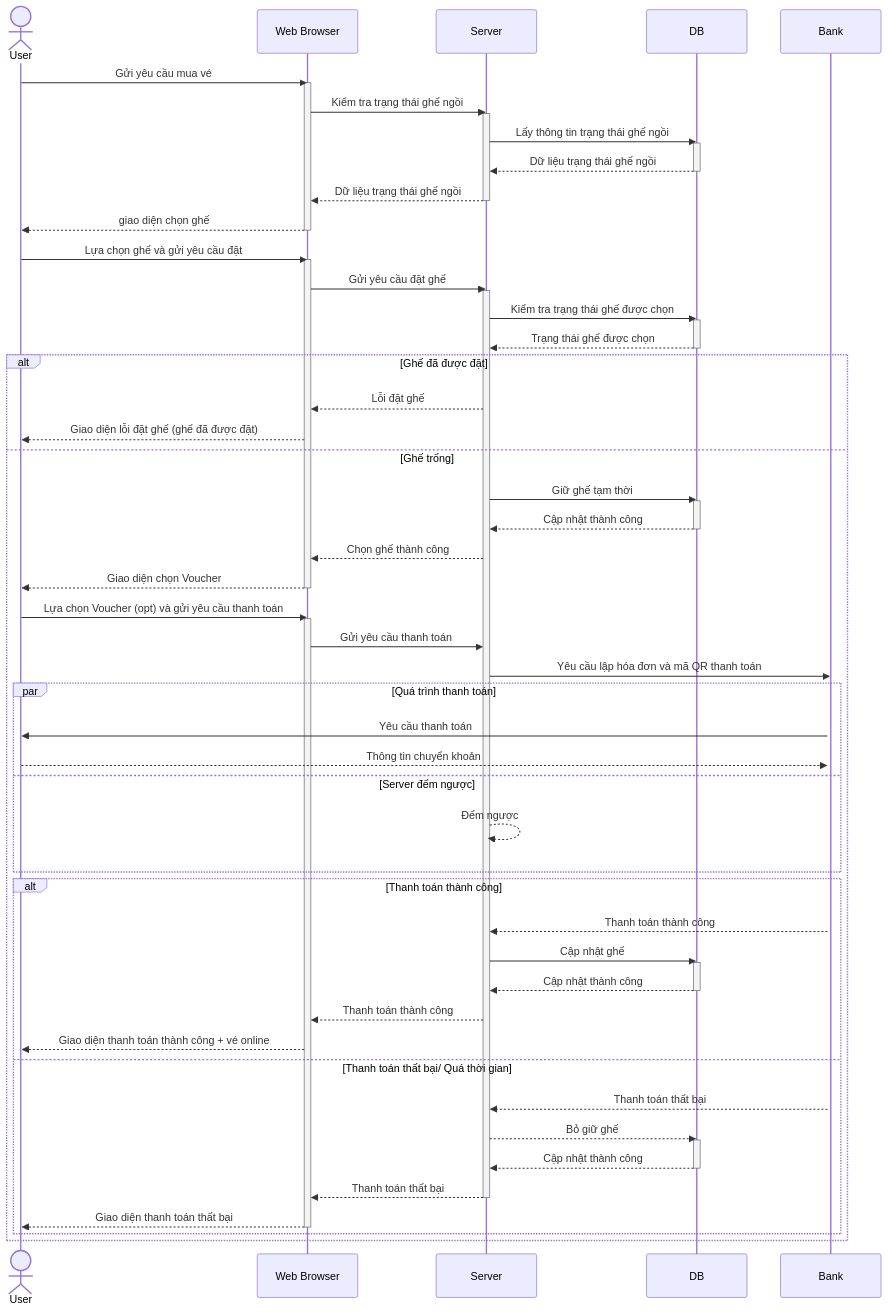
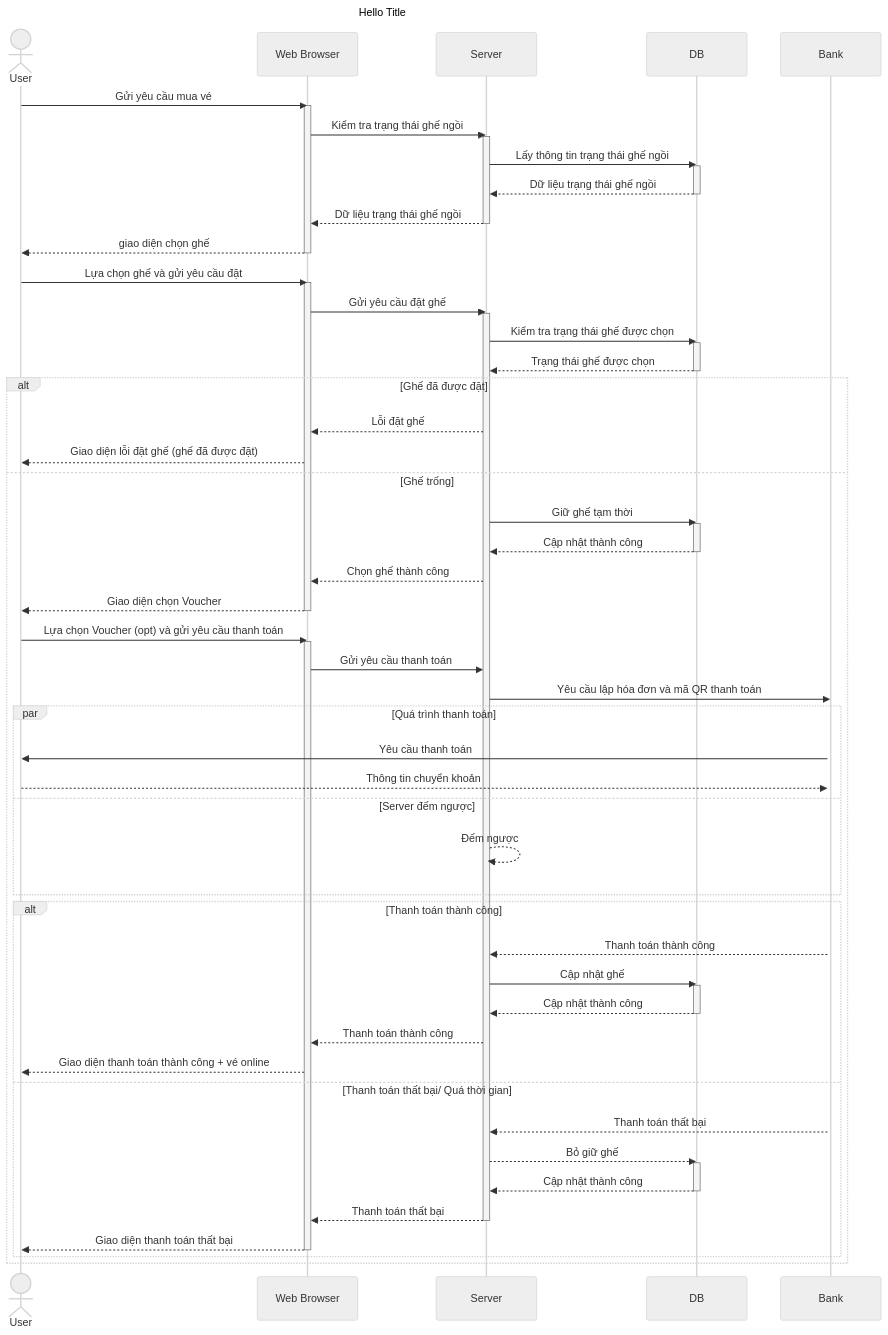
One commit to dvhAoU1374/IT3120-PTTKHT changed the diagram in Sequence Diagram/UC Quản Lý Vé/Đặt-Vé.mmd. Above: the diagram before and after it, drawn with Mermaid.

Commit message:
Sequence Diagram đặt vé

```diff
--- a/Sequence Diagram/UC Quản Lý Vé/Đặt-Vé.mmd
+++ b/Sequence Diagram/UC Quản Lý Vé/Đặt-Vé.mmd
@@ -1,69 +1,75 @@
+---
+title: Hello Title
+config:
+  theme: "neutral"
+---
+
 sequenceDiagram
 actor User
 User ->> Web Browser: Gửi yêu cầu mua vé
 activate Web Browser
 Web Browser ->> Server: Kiểm tra trạng thái ghế ngồi
 activate Server
 Server ->> DB: Lấy thông tin trạng thái ghế ngồi
 activate DB
 DB -->> Server: Dữ liệu trạng thái ghế ngồi
 deactivate DB
 Server -->> Web Browser: Dữ liệu trạng thái ghế ngồi
 deactivate Server
 Web Browser -->> User: giao diện chọn ghế
 deactivate Web Browser
 
     User ->> Web Browser: Lựa chọn ghế và gửi yêu cầu đặt
     activate Web Browser
     Web Browser ->> Server: Gửi yêu cầu đặt ghế
     activate Server
     Server ->> DB: Kiểm tra trạng thái ghế được chọn
     activate DB
     DB -->> Server: Trạng thái ghế được chọn
     deactivate DB
 
     alt Ghế đã được đặt
     Server -->> Web Browser: Lỗi đặt ghế
     Web Browser -->> User: Giao diện lỗi đặt ghế (ghế đã được đặt)
 
     else Ghế trống
         Server ->> DB: Giữ ghế tạm thời
         activate DB
         DB -->> Server: Cập nhật thành công
         deactivate DB
         Server -->> Web Browser: Chọn ghế thành công
         Web Browser -->> User: Giao diện chọn Voucher
         deactivate Web Browser
         User ->> Web Browser: Lựa chọn Voucher (opt) và gửi yêu cầu thanh toán
         activate Web Browser
         Web Browser ->> Server: Gửi yêu cầu thanh toán
         Server ->> Bank: Yêu cầu lập hóa đơn và mã QR thanh toán
         activate Bank
         par Quá trình thanh toán
             Bank ->> User : Yêu cầu thanh toán
             User -->> Bank : Thông tin chuyển khoản
         and Server đếm ngược
             Server -->> Server: Đếm ngược
         end
 
         alt Thanh toán thành công
             Bank -->> Server: Thanh toán thành công
             Server ->> DB: Cập nhật ghế
             activate DB
             DB -->> Server: Cập nhật thành công
             deactivate DB
             Server -->> Web Browser: Thanh toán thành công
             Web Browser -->> User: Giao diện thanh toán thành công + vé online
 
         else Thanh toán thất bại/ Quá thời gian
             Bank -->> Server: Thanh toán thất bại
             Server -->> DB: Bỏ giữ ghế
             activate DB
             DB -->> Server: Cập nhật thành công
             deactivate DB
             Server -->> Web Browser: Thanh toán thất bại
             deactivate Server
             Web Browser -->> User : Giao diện thanh toán thất bại
             deactivate Web Browser
         end
     end
```
